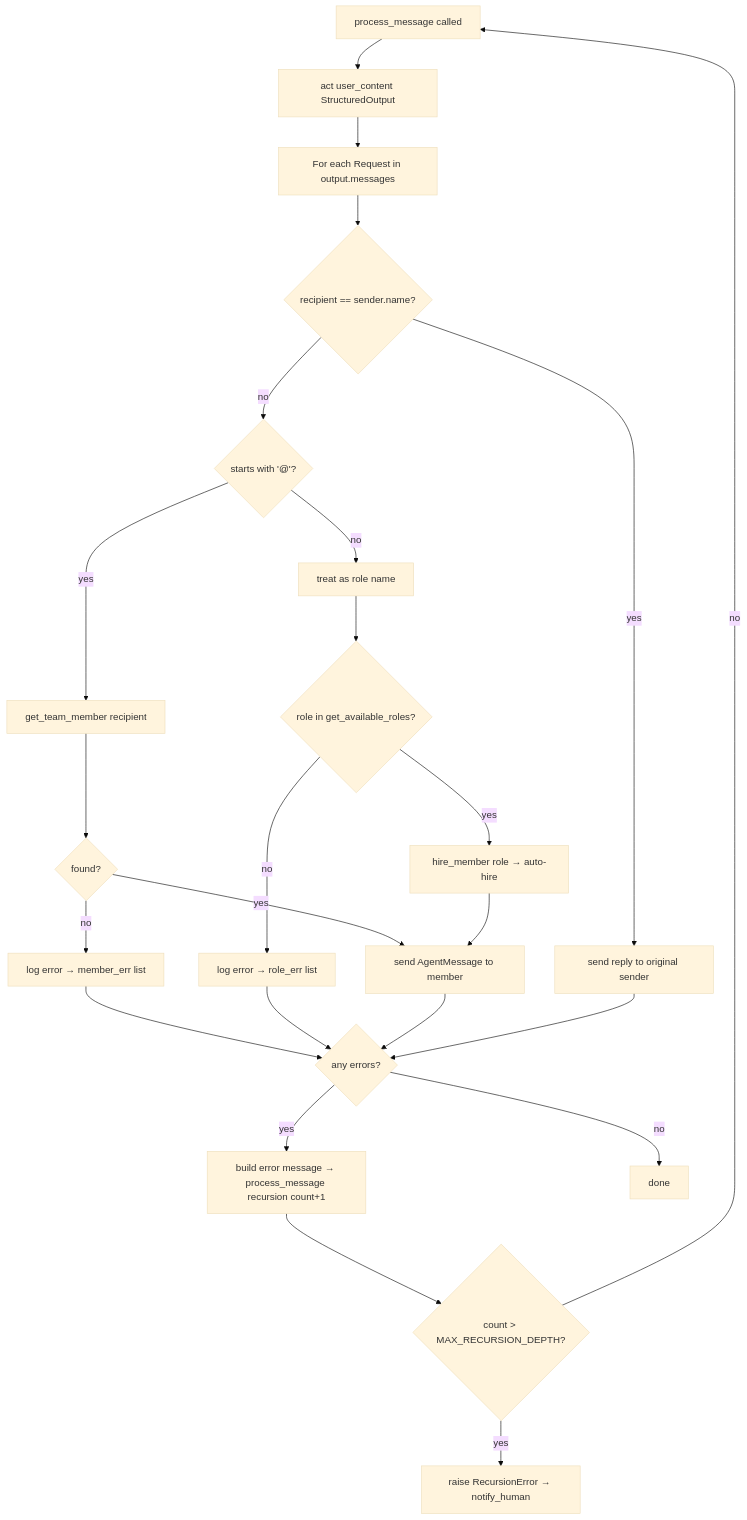
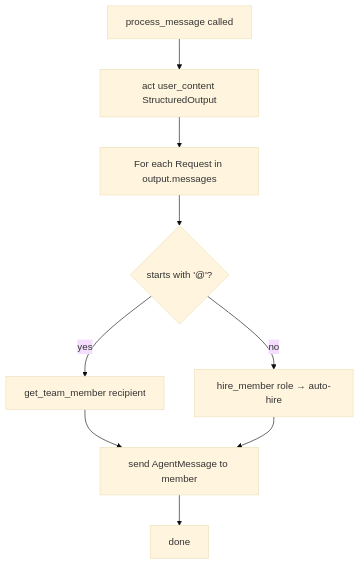
The fifth of 6 diagrams in docs/agent-collaboration.md (b12consulting/akgentic-agent), drawn with Mermaid (base theme) before and after one commit. The commit also changed other lines of this file and 4 other files, not shown here.

First line of the commit message:
feat: intent-driven communication model with schema-constrained recipients

````diff
--- a/docs/agent-collaboration.md
+++ b/docs/agent-collaboration.md
@@ -414,26 +417,11 @@
 ```mermaid
 flowchart TD
     S[process_message called] --> A[act user_content StructuredOutput]
     A --> B[For each Request in output.messages]
-    B --> C{recipient == sender.name?}
-    C -->|yes| D[send reply to original sender]
-    C -->|no| E{starts with '@'?}
+    B --> E{starts with '@'?}
     E -->|yes| F[get_team_member recipient]
-    F --> G{found?}
-    G -->|yes| H[send AgentMessage to member]
-    G -->|no| I[log error → member_err list]
-    E -->|no| J[treat as role name]
-    J --> K{role in get_available_roles?}
-    K -->|yes| L[hire_member role → auto-hire]
+    F --> H[send AgentMessage to member]
+    E -->|no| L[hire_member role → auto-hire]
     L --> H
-    K -->|no| M[log error → role_err list]
-    I --> N{any errors?}
-    M --> N
-    H --> N
-    D --> N
-    N -->|yes| O[build error message → process_message recursion count+1]
-    N -->|no| P[done]
-    O --> Q{count > MAX_RECURSION_DEPTH?}
-    Q -->|yes| R[raise RecursionError → notify_human]
-    Q -->|no| S
+    H --> P[done]
 ```
````
